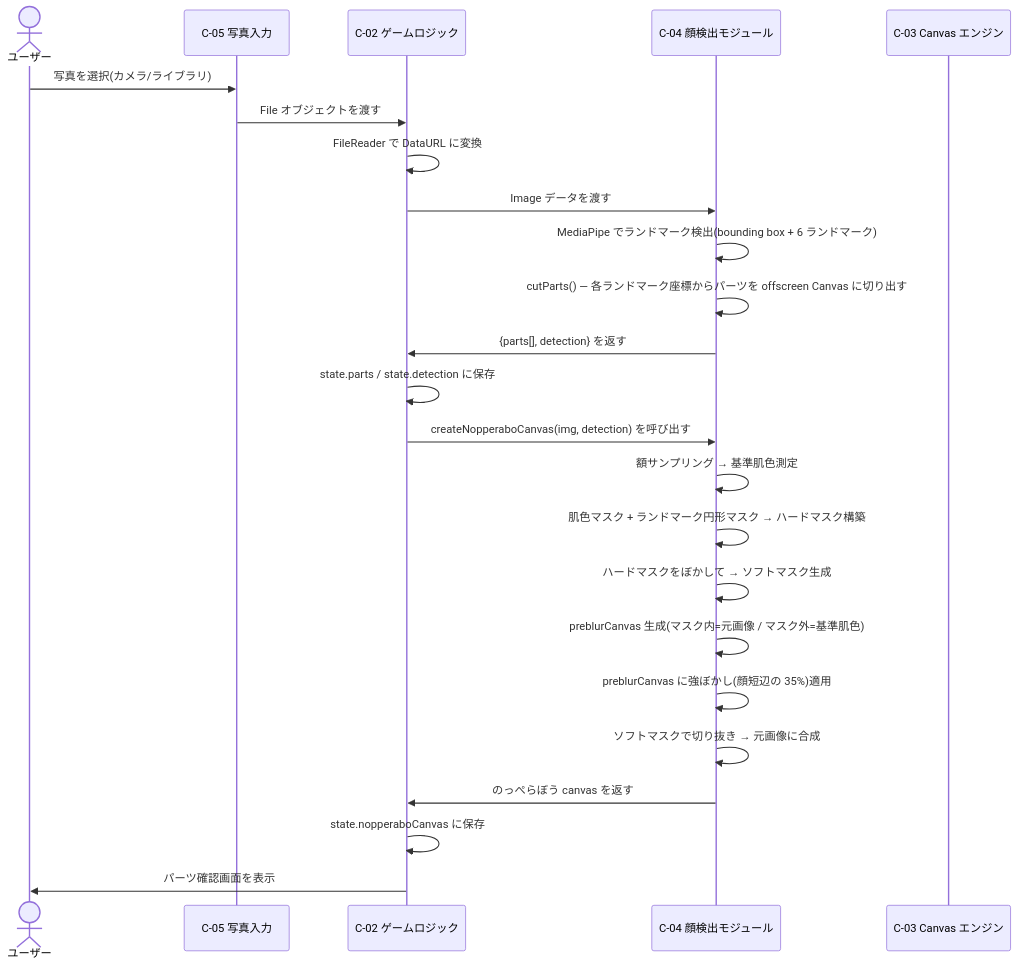
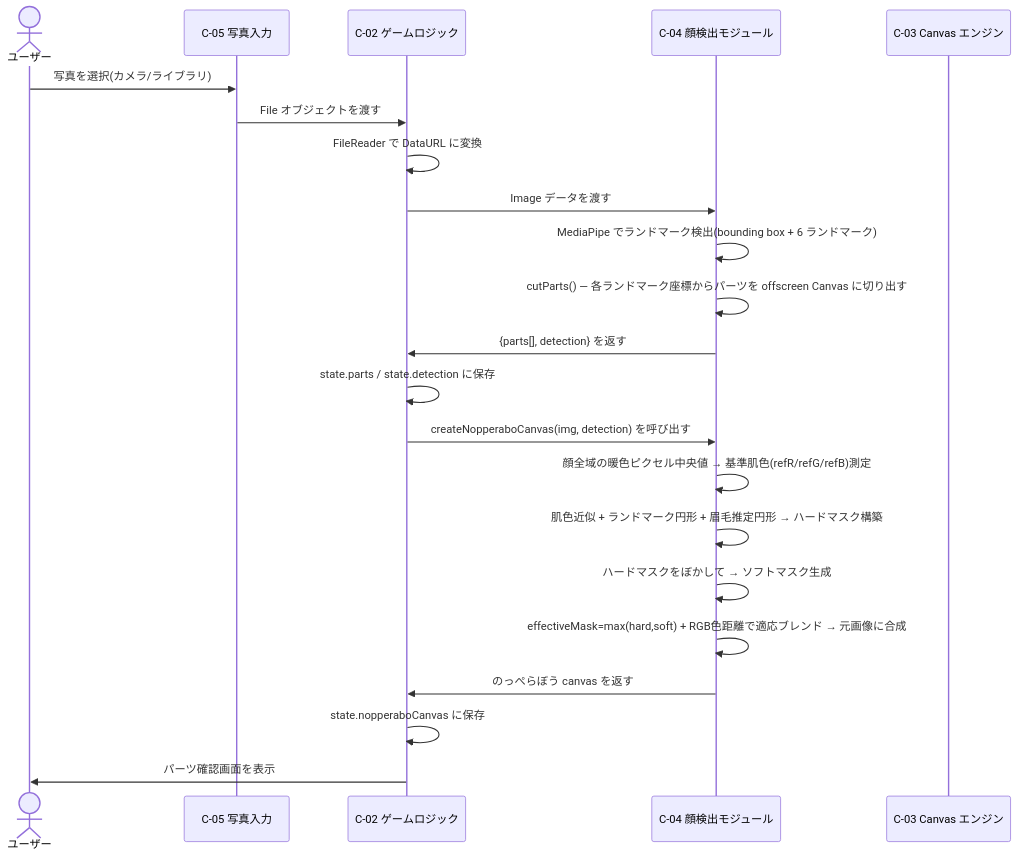
The fourth of 6 diagrams in docs/02-architecture.md (kikuhakikusa-ux/face-puzzle), drawn with Mermaid before and after one commit. The commit also changed other lines of this file and 2 other files, not shown here.

````diff
--- a/docs/02-architecture.md
+++ b/docs/02-architecture.md
@@ -163,27 +163,25 @@
 ```mermaid
 sequenceDiagram
     actor User as ユーザー
     participant Input as C-05 写真入力
     participant Logic as C-02 ゲームロジック
     participant Detector as C-04 顔検出モジュール
     participant Canvas as C-03 Canvas エンジン
 
     User->>Input: 写真を選択(カメラ/ライブラリ)
     Input->>Logic: File オブジェクトを渡す
     Logic->>Logic: FileReader で DataURL に変換
     Logic->>Detector: Image データを渡す
     Detector->>Detector: MediaPipe でランドマーク検出(bounding box + 6 ランドマーク)
     Detector->>Detector: cutParts() — 各ランドマーク座標からパーツを offscreen Canvas に切り出す
     Detector->>Logic: {parts[], detection} を返す
     Logic->>Logic: state.parts / state.detection に保存
     Logic->>Detector: createNopperaboCanvas(img, detection) を呼び出す
-    Detector->>Detector: 額サンプリング → 基準肌色測定
-    Detector->>Detector: 肌色マスク + ランドマーク円形マスク → ハードマスク構築
+    Detector->>Detector: 顔全域の暖色ピクセル中央値 → 基準肌色(refR/refG/refB)測定
+    Detector->>Detector: 肌色近似 + ランドマーク円形 + 眉毛推定円形 → ハードマスク構築
     Detector->>Detector: ハードマスクをぼかして → ソフトマスク生成
-    Detector->>Detector: preblurCanvas 生成(マスク内=元画像 / マスク外=基準肌色)
-    Detector->>Detector: preblurCanvas に強ぼかし(顔短辺の 35%)適用
-    Detector->>Detector: ソフトマスクで切り抜き → 元画像に合成
+    Detector->>Detector: effectiveMask=max(hard,soft) + RGB色距離で適応ブレンド → 元画像に合成
     Detector->>Logic: のっぺらぼう canvas を返す
     Logic->>Logic: state.nopperaboCanvas に保存
     Logic->>User: パーツ確認画面を表示
 ```
````
